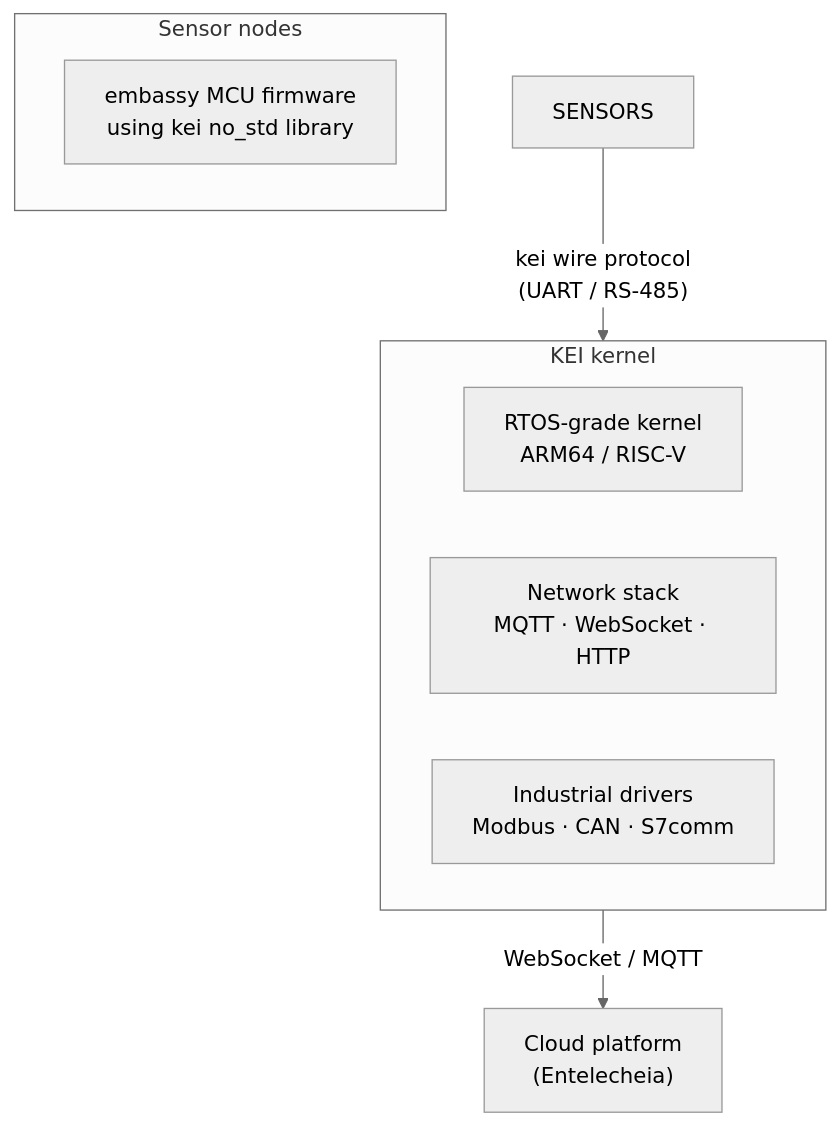
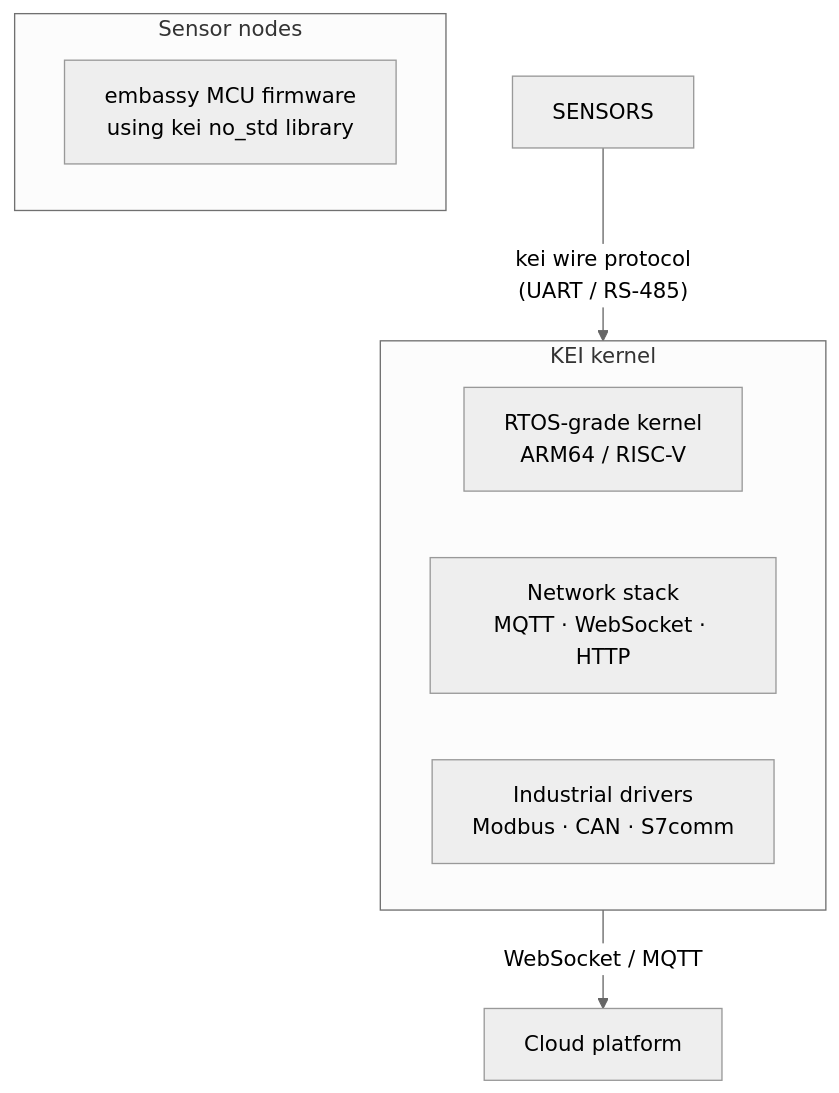
Before and after one commit to langyo/kei: the diagram in README.md, drawn with Mermaid (neutral theme). The commit also changed other lines of this file and 27 other files, not shown here.

````diff
--- a/README.md
+++ b/README.md
@@ -42,13 +39,13 @@
 ```mermaid
 flowchart TB
     subgraph Gateway["KEI kernel"]
         KERN["RTOS-grade kernel\nARM64 / RISC-V"]
         NET["Network stack\nMQTT · WebSocket · HTTP"]
         DRV["Industrial drivers\nModbus · CAN · S7comm"]
     end
     subgraph Sensors["Sensor nodes"]
         EMB["embassy MCU firmware\nusing kei no_std library"]
     end
     SENSORS -->|"kei wire protocol\n(UART / RS-485)"| Gateway
-    Gateway -->|"WebSocket / MQTT"| CLOUD["Cloud platform\n(Entelecheia)"]
+    Gateway -->|"WebSocket / MQTT"| CLOUD["Cloud platform"]
 ```
````
